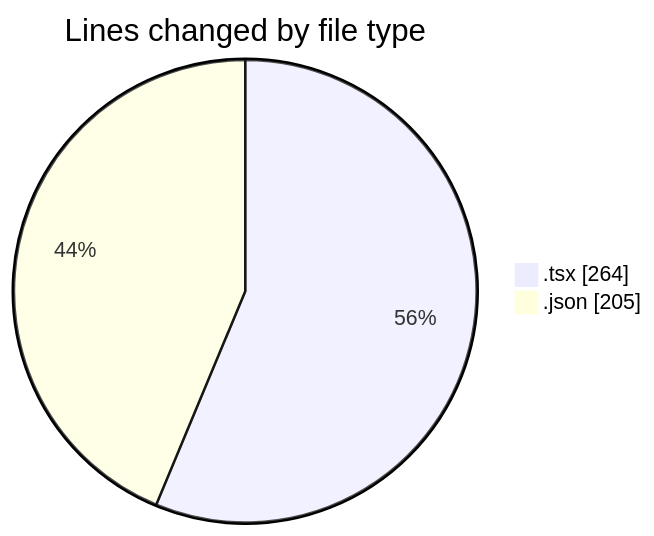
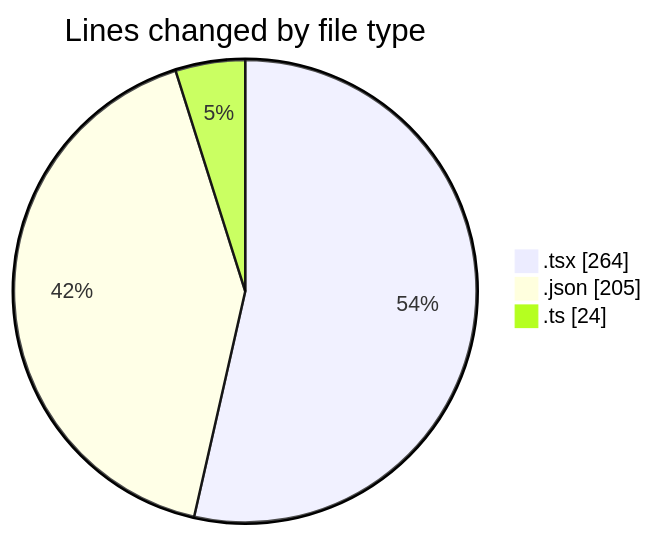
Before and after one commit to Elitesun/code-tracking: the first of 2 diagrams in 2025-04-30/niten/README.md, drawn with Mermaid. The commit also changed other lines of this file and 1 other file, not shown here.

````diff
--- a/2025-04-30/niten/README.md
+++ b/2025-04-30/niten/README.md
@@ -21,6 +22,7 @@
 ```mermaid
 pie showData
 title Lines changed by file type
 ".tsx" : 264
 ".json" : 205
+".ts" : 24
 ```
````
